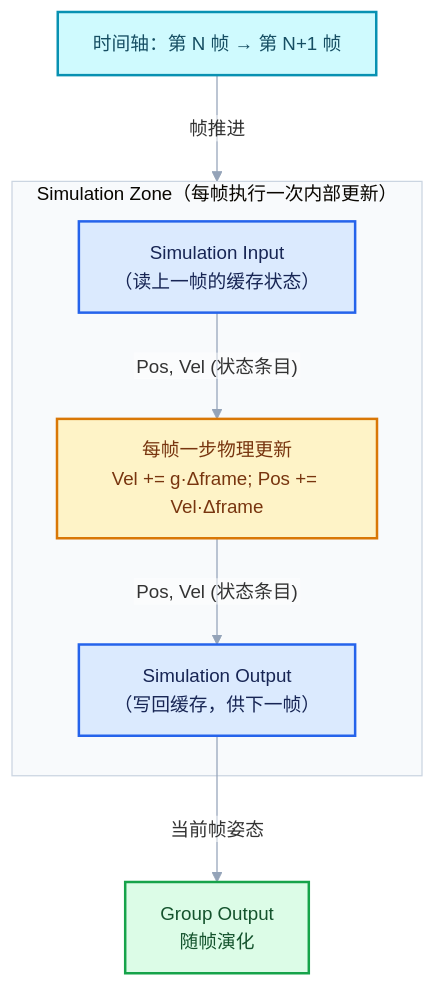
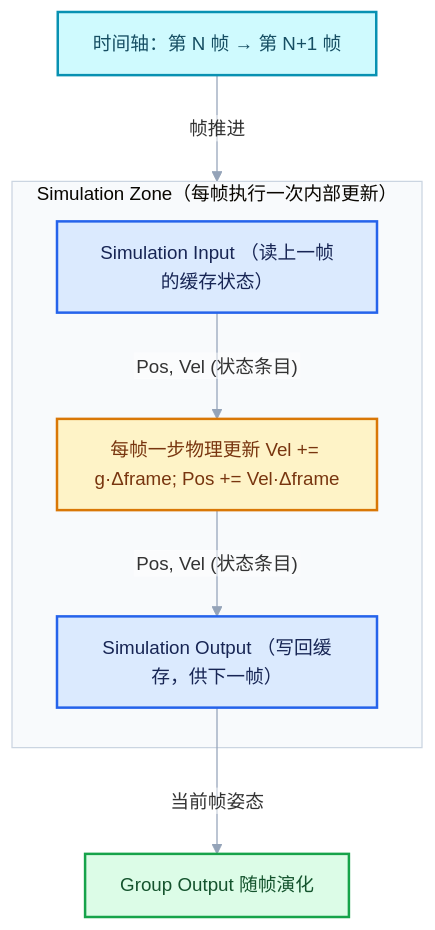
The tenth of 16 diagrams in 杂/markdown/重复区域-dsh/06-实战与性能/01-使用模式与迭代设计.md (yunkezengren/blender-.vscode), drawn with Mermaid before and after one commit. The commit also changed other lines of this file and 27 other files, not shown here.

````diff
--- a/杂/markdown/重复区域-dsh/06-实战与性能/01-使用模式与迭代设计.md
+++ b/杂/markdown/重复区域-dsh/06-实战与性能/01-使用模式与迭代设计.md
@@ -612,21 +597,21 @@
 ```mermaid
 %%{init: {"theme":"base","themeVariables":{"fontFamily":"\"Segoe UI\",\"Microsoft YaHei\",sans-serif","fontSize":"15px","lineColor":"#94A3B8","edgeLabelBackground":"#FFFFFF","clusterBkg":"#F8FAFC","clusterBorder":"#CBD5E1"},"flowchart":{"htmlLabels":false,"curve":"basis","nodeSpacing":52,"rankSpacing":64,"padding":14,"diagramPadding":16,"useMaxWidth":true},"sequence":{"useMaxWidth":true,"wrap":true,"mirrorActors":false,"messageMargin":36}}}%%
 flowchart TB
     subgraph SIM["Simulation Zone（每帧执行一次内部更新）"]
-        SI["Simulation Input<br/>（读上一帧的缓存状态）"]:::input
-        SO["Simulation Output<br/>（写回缓存，供下一帧）"]:::input
-        STEP["每帧一步物理更新<br/>Vel += g·Δframe; Pos += Vel·Δframe"]:::compute
+        SI["Simulation Input （读上一帧的缓存状态）"]:::input
+        SO["Simulation Output （写回缓存，供下一帧）"]:::input
+        STEP["每帧一步物理更新 Vel += g·Δframe; Pos += Vel·Δframe"]:::compute
         SI -- "Pos, Vel (状态条目)" --> STEP
         STEP -- "Pos, Vel (状态条目)" --> SO
     end
     FRAME["时间轴：第 N 帧 → 第 N+1 帧"]:::data
     FRAME -- "帧推进" --> SIM
-    SO -- "当前帧姿态" --> OUT["Group Output<br/>随帧演化"]:::result
+    SO -- "当前帧姿态" --> OUT["Group Output 随帧演化"]:::result
 
     classDef input fill:#DBEAFE,stroke:#2563EB,color:#172554,stroke-width:2px;
     classDef data fill:#CFFAFE,stroke:#0891B2,color:#164E63,stroke-width:2px;
     classDef abstraction fill:#EDE9FE,stroke:#7C3AED,color:#3B0764,stroke-width:2px;
     classDef compute fill:#FEF3C7,stroke:#D97706,color:#78350F,stroke-width:2px;
     classDef result fill:#DCFCE7,stroke:#16A34A,color:#14532D,stroke-width:2px;
     classDef error fill:#FEE2E2,stroke:#DC2626,color:#7F1D1D,stroke-width:2px;
 ```
````
